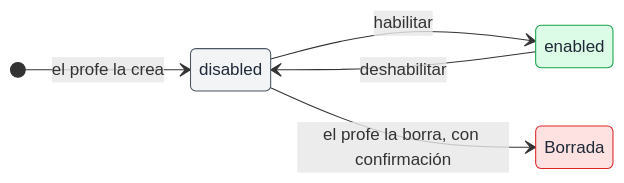
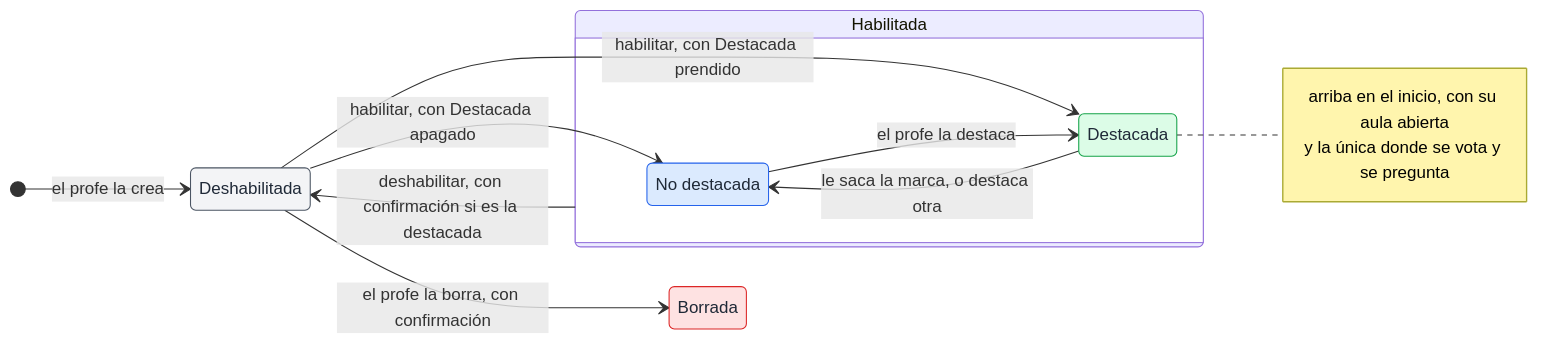
The second of 4 diagrams in app/docs/architecture/estados-de-encuestas-y-sesiones.md (filadd/agentic-engineering-famaf-extension-course), drawn with Mermaid before and after one commit. The commit also changed other lines of this file and 12 other files, not shown here.

````diff
--- a/app/docs/architecture/estados-de-encuestas-y-sesiones.md
+++ b/app/docs/architecture/estados-de-encuestas-y-sesiones.md
@@ -39,15 +39,27 @@
 ```mermaid
 stateDiagram-v2
     direction LR
-    [*] --> disabled: el profe la crea
-    disabled --> enabled: habilitar
-    enabled --> disabled: deshabilitar
-    disabled --> Borrada: el profe la borra, con confirmación
+    [*] --> Deshabilitada : el profe la crea
+    Deshabilitada --> NoDestacada : habilitar, con Destacada apagado
+    Deshabilitada --> Destacada : habilitar, con Destacada prendido
+    Habilitada --> Deshabilitada : deshabilitar, con confirmación si es la destacada
+    Deshabilitada --> Borrada : el profe la borra, con confirmación
+
+    state Habilitada {
+        direction LR
+        NoDestacada --> Destacada : el profe la destaca
+        Destacada --> NoDestacada : le saca la marca, o destaca otra
+    }
+
+    NoDestacada : No destacada
+    note right of Destacada : arriba en el inicio, con su aula abierta<br/>y la única donde se vota y se pregunta
 
     classDef grey fill:#f3f4f6,stroke:#4b5563,color:#1f2937
     classDef green fill:#dcfce7,stroke:#16a34a,color:#1f2937
+    classDef blue fill:#dbeafe,stroke:#2563eb,color:#1f2937
     classDef red fill:#fee2e2,stroke:#dc2626,color:#1f2937
-    class disabled grey
-    class enabled green
+    class Deshabilitada grey
+    class NoDestacada blue
+    class Destacada green
     class Borrada red
 ```
````
